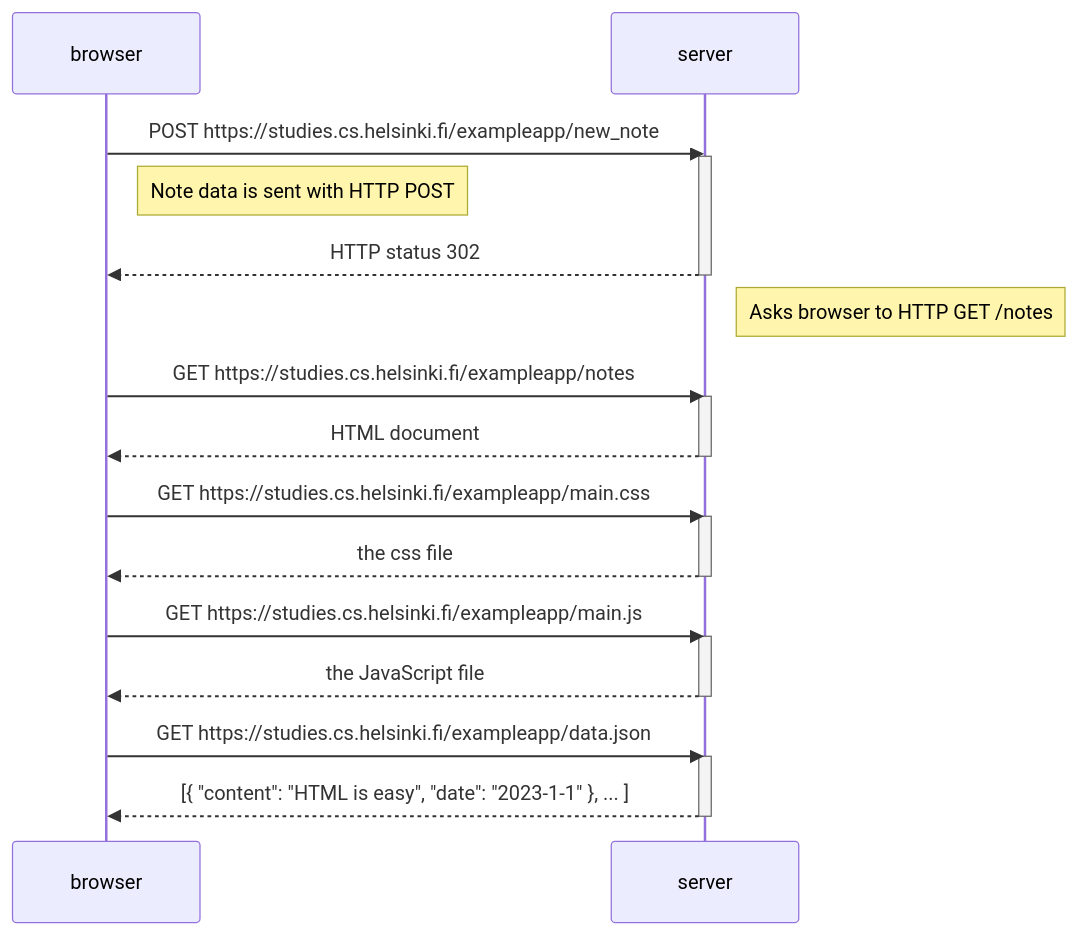
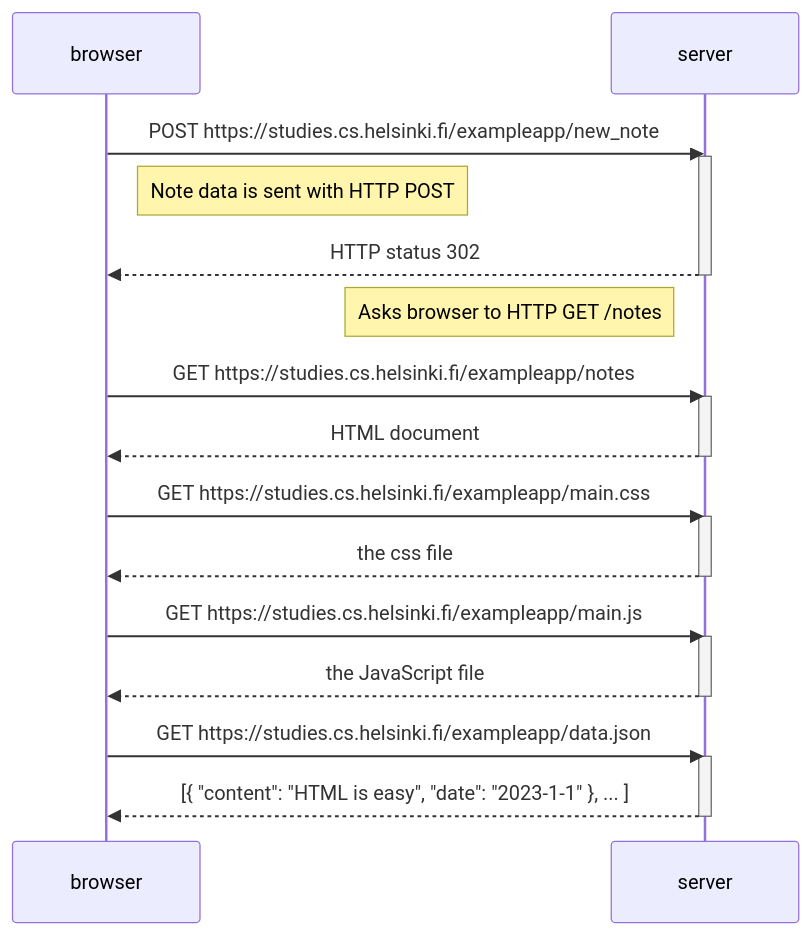
The diagram in part0/0.4.md (arvidkullhammar/Fullstack-Open), drawn with Mermaid before and after one commit.

````diff
--- a/part0/0.4.md
+++ b/part0/0.4.md
@@ -1,36 +1,36 @@
 ```mermaid
 sequenceDiagram
     participant browser
     participant server
 
     browser->>server: POST https://studies.cs.helsinki.fi/exampleapp/new_note
     activate server
 
    Note right of browser: Note data is sent with HTTP POST
 
     server-->>browser: HTTP status 302
     deactivate server
 
-       Note right of server: Asks browser to HTTP GET /notes
+       Note left of server: Asks browser to HTTP GET /notes
 
     browser->>server: GET https://studies.cs.helsinki.fi/exampleapp/notes
     activate server
     server-->>browser: HTML document
     deactivate server
 
     browser->>server: GET https://studies.cs.helsinki.fi/exampleapp/main.css
     activate server
     server-->>browser: the css file
     deactivate server
 
     browser->>server: GET https://studies.cs.helsinki.fi/exampleapp/main.js
     activate server
     server-->>browser: the JavaScript file
     deactivate server
 
 
     browser->>server: GET https://studies.cs.helsinki.fi/exampleapp/data.json
     activate server
     server-->>browser: [{ "content": "HTML is easy", "date": "2023-1-1" }, ... ]
     deactivate server
 ```
````
